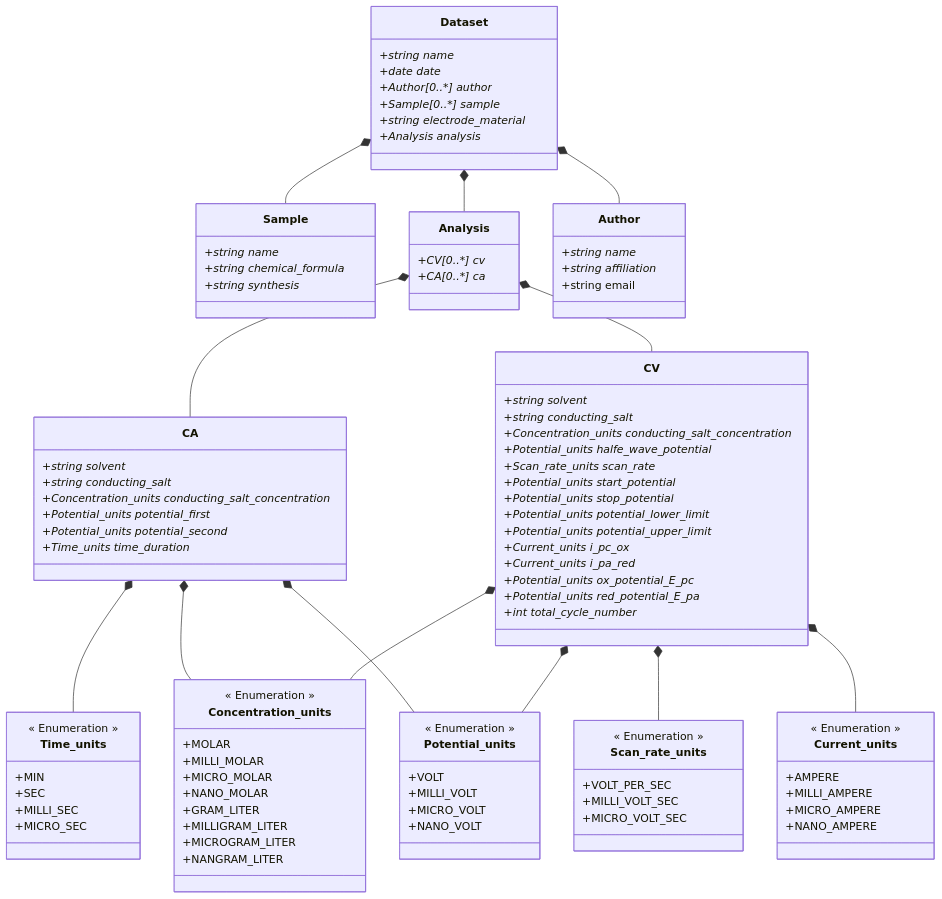
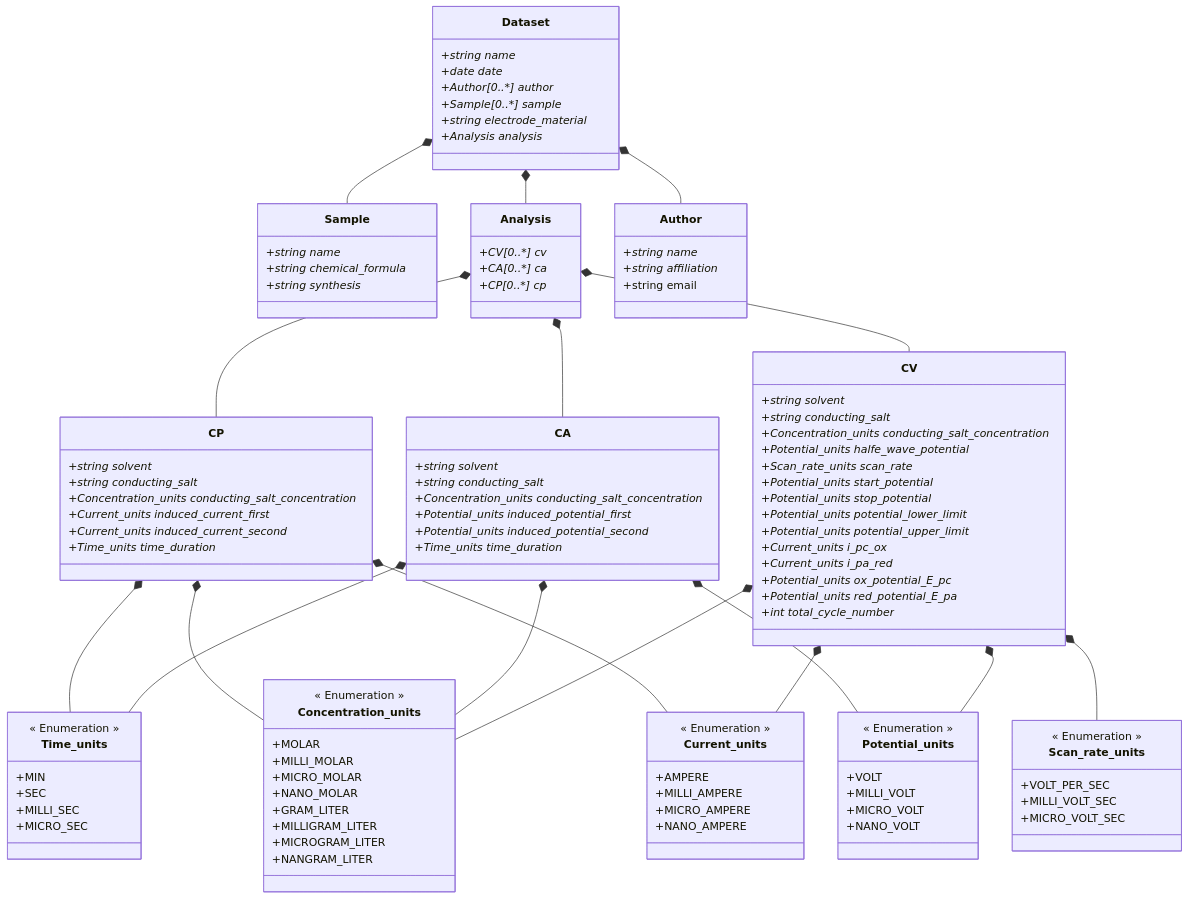
One commit to FAIRChemistry/datamodel-electrochemistry changed the diagram in ElectrochemistryDataModel/schemes/electrochemistrydatamodel_schema.md. Above: the diagram before and after it, drawn with Mermaid. The commit also changed 9 other files, not shown here.

```diff
--- a/ElectrochemistryDataModel/schemes/electrochemistrydatamodel_schema.md
+++ b/ElectrochemistryDataModel/schemes/electrochemistrydatamodel_schema.md
@@ -3,8 +3,12 @@
     Dataset *-- Sample
     Dataset *-- Analysis
     Dataset *-- Author
+    Analysis *-- CP
     Analysis *-- CA
     Analysis *-- CV
+    CP *-- Time_units
+    CP *-- Concentration_units
+    CP *-- Current_units
     CA *-- Time_units
     CA *-- Concentration_units
     CA *-- Potential_units
@@ -31,14 +35,24 @@
     class Analysis {
         +CV[0..*] cv*
         +CA[0..*] ca*
+        +CP[0..*] cp*
+    }
+    
+    class CP {
+        +string solvent*
+        +string conducting_salt*
+        +Concentration_units conducting_salt_concentration*
+        +Current_units induced_current_first*
+        +Current_units induced_current_second*
+        +Time_units time_duration*
     }
     
     class CA {
         +string solvent*
         +string conducting_salt*
         +Concentration_units conducting_salt_concentration*
-        +Potential_units potential_first*
-        +Potential_units potential_second*
+        +Potential_units induced_potential_first*
+        +Potential_units induced_potential_second*
         +Time_units time_duration*
     }
     
```
